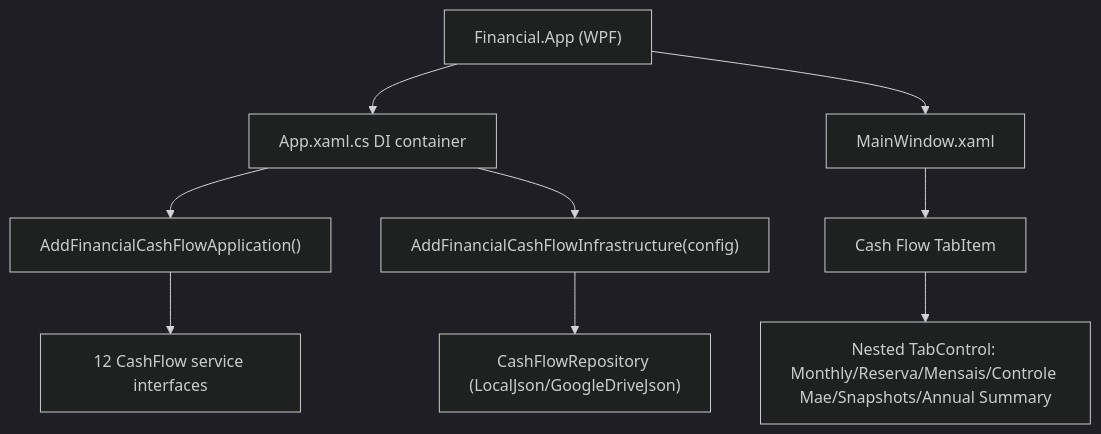
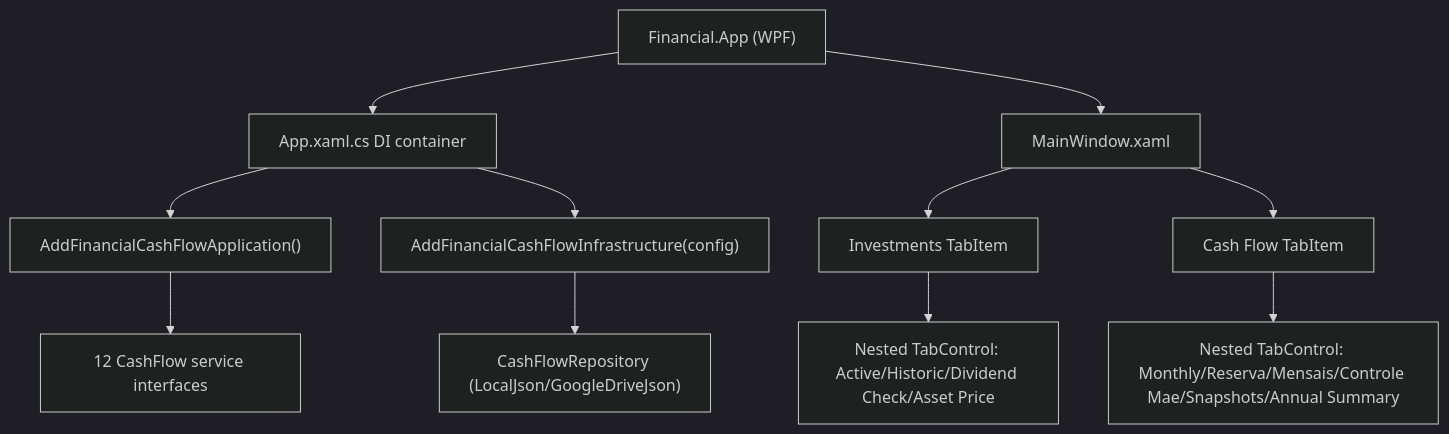
Before and after one commit to ggibellato/Financial: the diagram in docs/prd/P21-prd-wpf-cashflow-parity/features/P21-F01-wpf-cashflow-foundation-navigation-shell/spec.md, drawn with Mermaid (dark theme). The commit also changed other lines of this file and 3 other files, not shown here.

````diff
--- a/docs/prd/P21-prd-wpf-cashflow-parity/features/P21-F01-wpf-cashflow-foundation-navigation-shell/spec.md
+++ b/docs/prd/P21-prd-wpf-cashflow-parity/features/P21-F01-wpf-cashflow-foundation-navigation-shell/spec.md
@@ -25,11 +25,13 @@
 ```mermaid
 graph TD
     A["Financial.App (WPF)"] --> B["App.xaml.cs DI container"]
     B --> C["AddFinancialCashFlowApplication()"]
     B --> D["AddFinancialCashFlowInfrastructure(config)"]
     C --> E["12 CashFlow service interfaces"]
     D --> F["CashFlowRepository (LocalJson/GoogleDriveJson)"]
     A --> G["MainWindow.xaml"]
+    G --> J["Investments TabItem"]
     G --> H["Cash Flow TabItem"]
+    J --> K["Nested TabControl: Active/Historic/Dividend Check/Asset Price"]
     H --> I["Nested TabControl: Monthly/Reserva/Mensais/Controle Mae/Snapshots/Annual Summary"]
 ```
````
